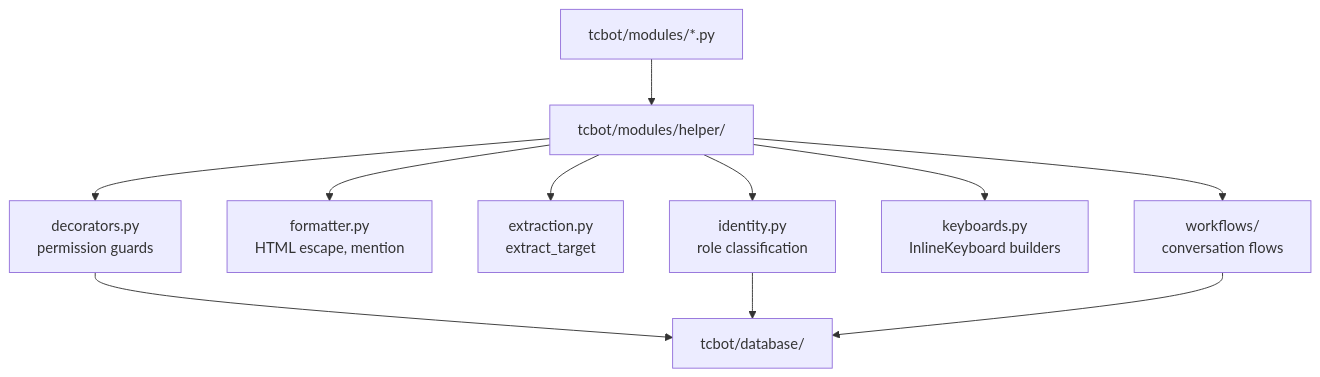
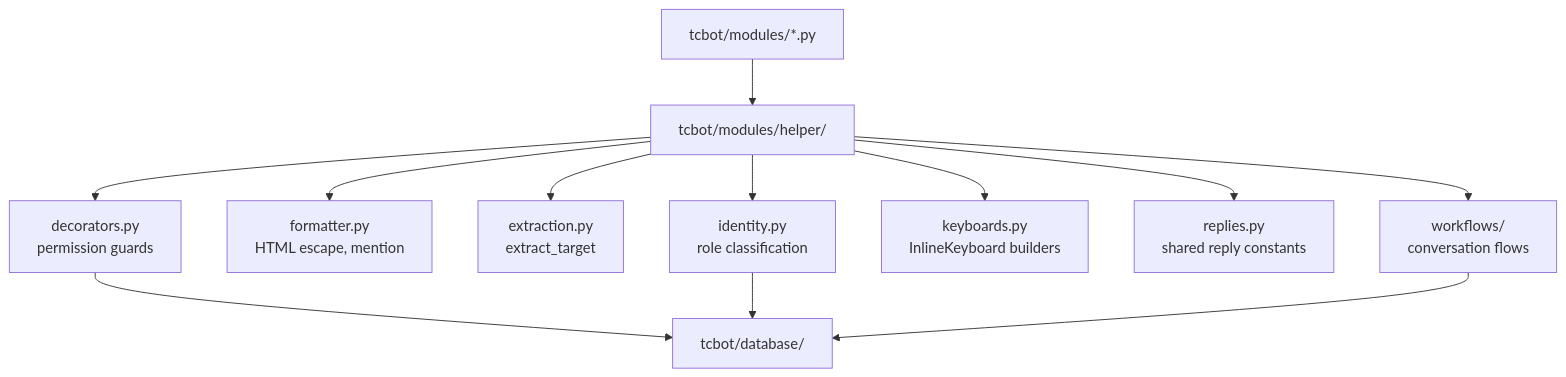
Before and after one commit to D1ZZY4/tcbot: the diagram in docs/helper/helper.md, drawn with Mermaid. The commit also changed other lines of this file and 6 other files, not shown here.

````diff
--- a/docs/helper/helper.md
+++ b/docs/helper/helper.md
@@ -7,13 +7,14 @@
 ```mermaid
 flowchart TD
     Modules[tcbot/modules/*.py] --> Helper[tcbot/modules/helper/]
     Helper --> Decorators[decorators.py<br/>permission guards]
     Helper --> Formatter[formatter.py<br/>HTML escape, mention]
     Helper --> Extraction[extraction.py<br/>extract_target]
     Helper --> Identity[identity.py<br/>role classification]
     Helper --> Keyboards[keyboards.py<br/>InlineKeyboard builders]
+    Helper --> Replies[replies.py<br/>shared reply constants]
     Helper --> Workflows[workflows/<br/>conversation flows]
     Decorators --> DB[tcbot/database/]
     Identity --> DB
     Workflows --> DB
 ```
````
